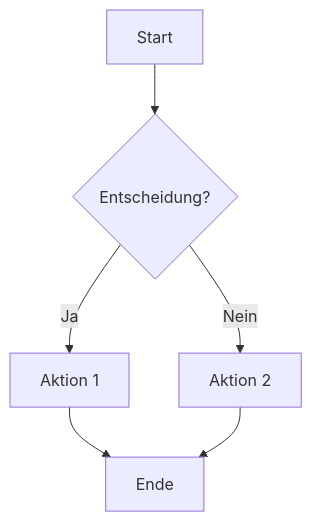
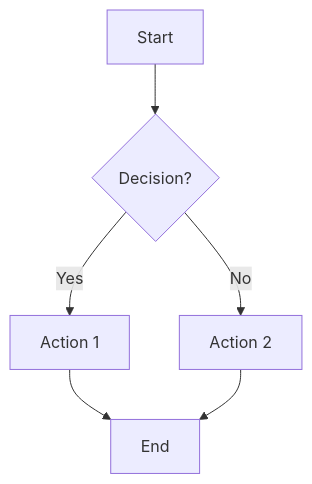
The first of 5 diagrams in .concepts/README.md (atilladeniz/next-go-pg), drawn with Mermaid before and after one commit. The commit also changed other lines of this file and 180 other files, not shown here.

Commit message:
feat: implement Feature-Sliced Design (FSD) architecture for frontend (#1)

````diff
--- a/.concepts/README.md
+++ b/.concepts/README.md
@@ -62,8 +62,8 @@
 ```mermaid
 flowchart TD
-    A[Start] --> B{Entscheidung?}
-    B -->|Ja| C[Aktion 1]
-    B -->|Nein| D[Aktion 2]
-    C --> E[Ende]
+    A[Start] --> B{Decision?}
+    B -->|Yes| C[Action 1]
+    B -->|No| D[Action 2]
+    C --> E[End]
     D --> E
 ```
````
